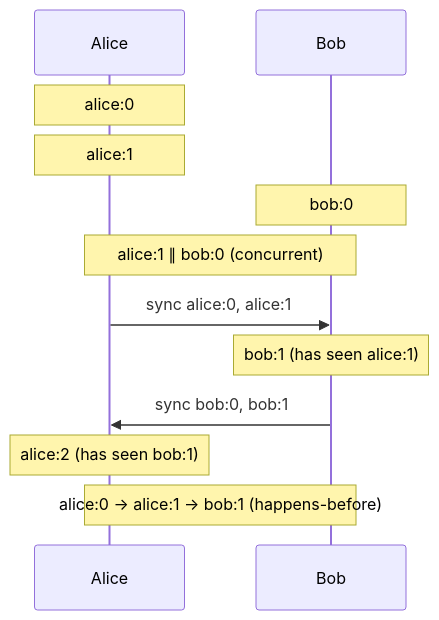
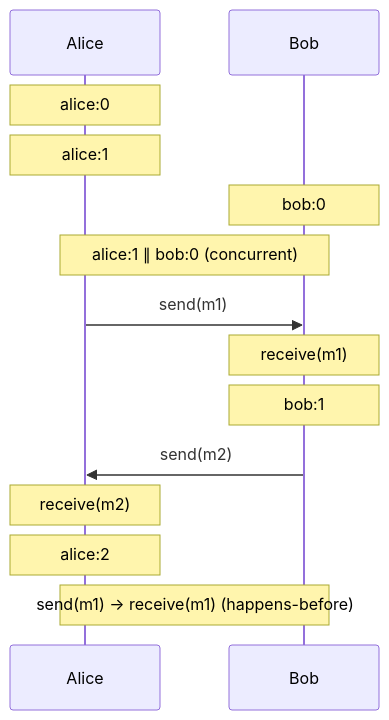
Before and after one commit to krsion/master-thesis: the diagram in img/causality.mmd, drawn with Mermaid. The commit also changed 2 other files, not shown here.

Commit message:
Use send(m)/receive(m) notation in causality diagram and caption

```diff
--- a/img/causality.mmd
+++ b/img/causality.mmd
@@ -1,14 +1,16 @@
 %%{init: {'themeVariables': {'fontFamily': 'monospace'}}}%%
 sequenceDiagram
     participant Alice
     participant Bob
 
     Note over Alice: alice:0
     Note over Alice: alice:1
     Note over Bob: bob:0
     Note over Alice,Bob: alice:1 ∥ bob:0 (concurrent)
-    Alice->>Bob: sync alice:0, alice:1
-    Note over Bob: bob:1 (has seen alice:1)
-    Bob->>Alice: sync bob:0, bob:1
-    Note over Alice: alice:2 (has seen bob:1)
-    Note over Alice,Bob: alice:0 → alice:1 → bob:1 (happens-before)
+    Alice->>Bob: send(m1)
+    Note over Bob: receive(m1)
+    Note over Bob: bob:1
+    Bob->>Alice: send(m2)
+    Note over Alice: receive(m2)
+    Note over Alice: alice:2
+    Note over Alice,Bob: send(m1) → receive(m1) (happens-before)
```
